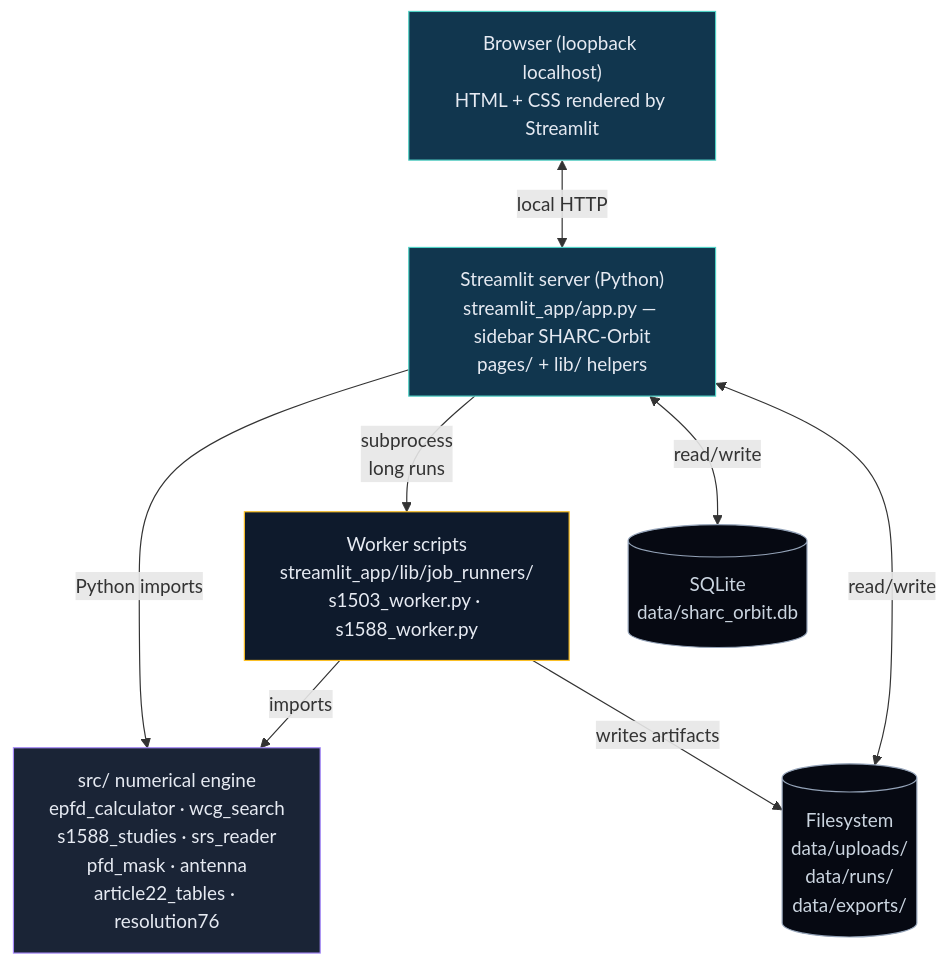
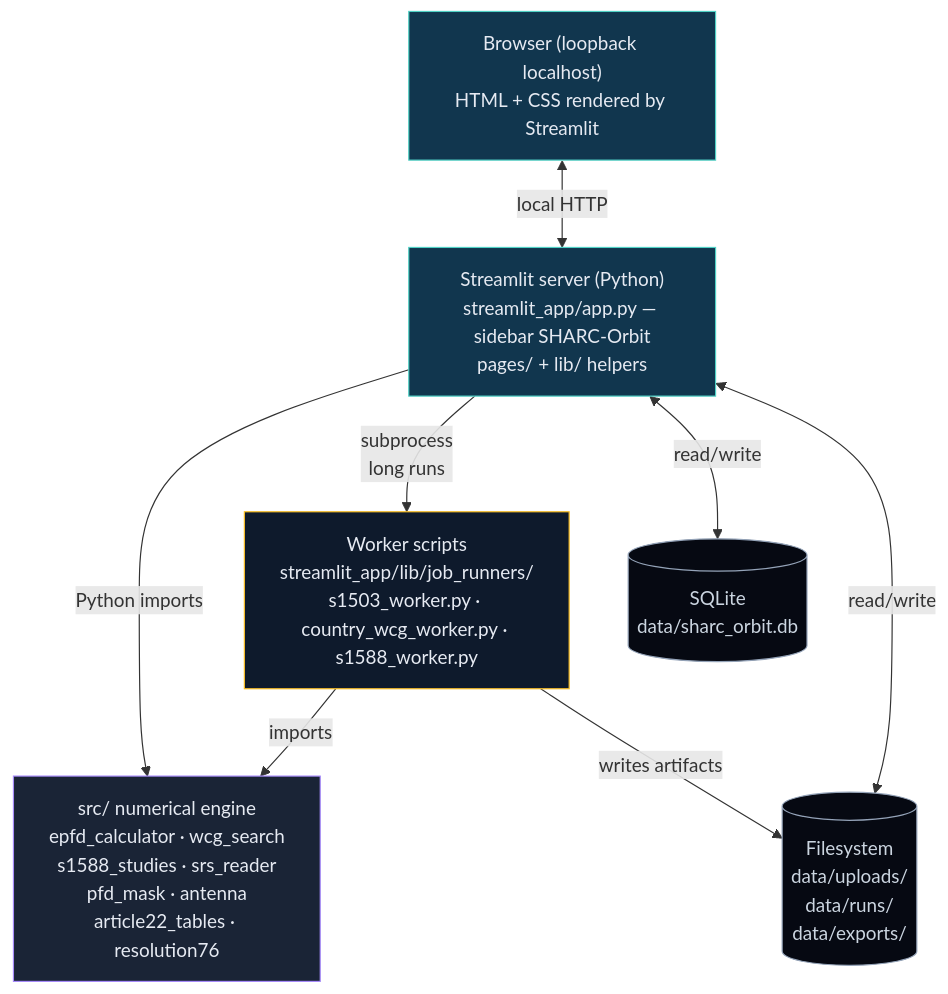
Before and after one commit to SIMULATOR-WG/SHARC-Orbit_colab_ITU: the first of 19 diagrams in ARCHITECTURE.md, drawn with Mermaid. The commit also changed other lines of this file and 12 other files, not shown here.

````diff
--- a/ARCHITECTURE.md
+++ b/ARCHITECTURE.md
@@ -28,26 +28,26 @@
 ```mermaid
 flowchart TB
     Browser["Browser (loopback localhost)<br>HTML + CSS rendered by Streamlit"]
     UI["Streamlit server (Python)<br>streamlit_app/app.py — sidebar SHARC-Orbit<br>pages/ + lib/ helpers"]
     Engine["src/ numerical engine<br>epfd_calculator · wcg_search<br>s1588_studies · srs_reader<br>pfd_mask · antenna<br>article22_tables · resolution76"]
-    Workers["Worker scripts<br>streamlit_app/lib/job_runners/<br>s1503_worker.py · s1588_worker.py"]
+    Workers["Worker scripts<br>streamlit_app/lib/job_runners/<br>s1503_worker.py · country_wcg_worker.py · s1588_worker.py"]
     DB[("SQLite<br>data/sharc_orbit.db")]
     FS[("Filesystem<br>data/uploads/<br>data/runs/<br>data/exports/")]
 
     Browser <-->|local HTTP| UI
     UI -->|Python imports| Engine
     UI -->|subprocess<br>long runs| Workers
     Workers -->|imports| Engine
     UI <-->|read/write| DB
     UI <-->|read/write| FS
     Workers -->|writes artifacts| FS
 
     classDef ui fill:#11364e,stroke:#4fd1c5,color:#e6eaf2
     classDef engine fill:#1a2436,stroke:#a78bfa,color:#e6eaf2
     classDef worker fill:#0e1a2c,stroke:#fbbf24,color:#e6eaf2
     classDef store fill:#060912,stroke:#94a3b8,color:#cbd5e0
     class Browser,UI ui
     class Engine engine
     class Workers worker
     class DB,FS store
 ```
````
